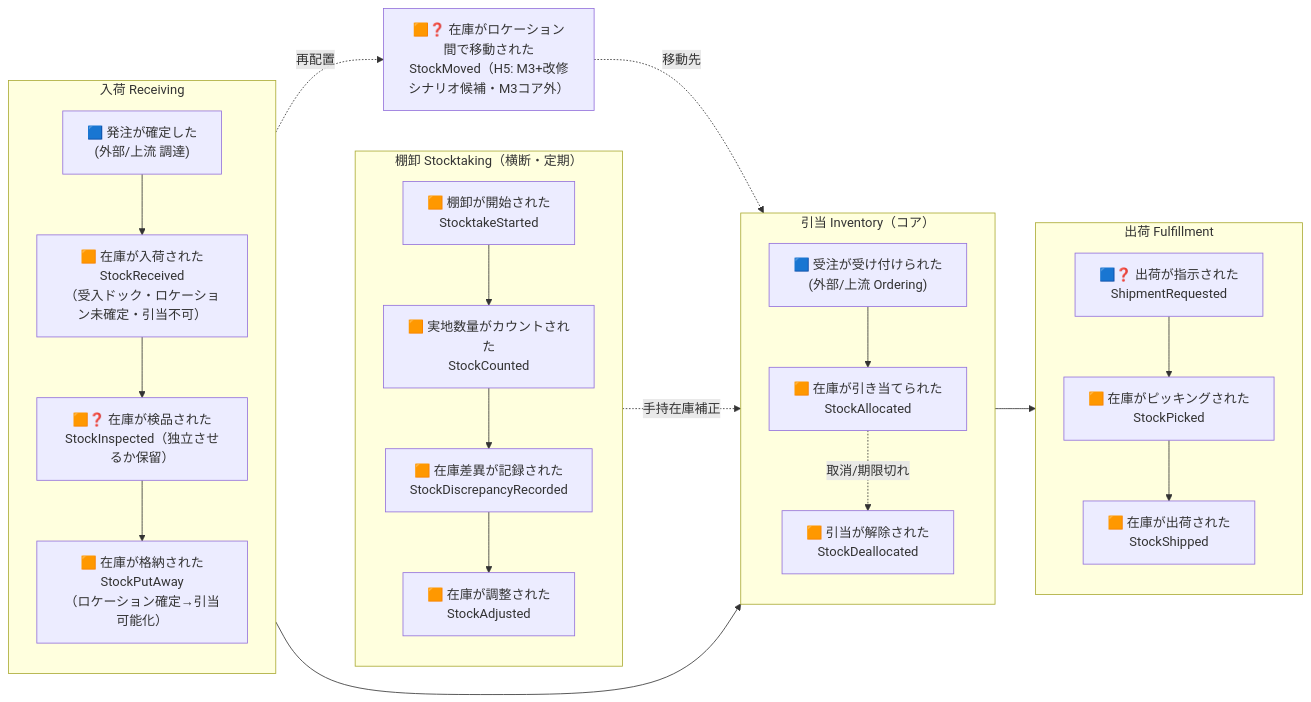
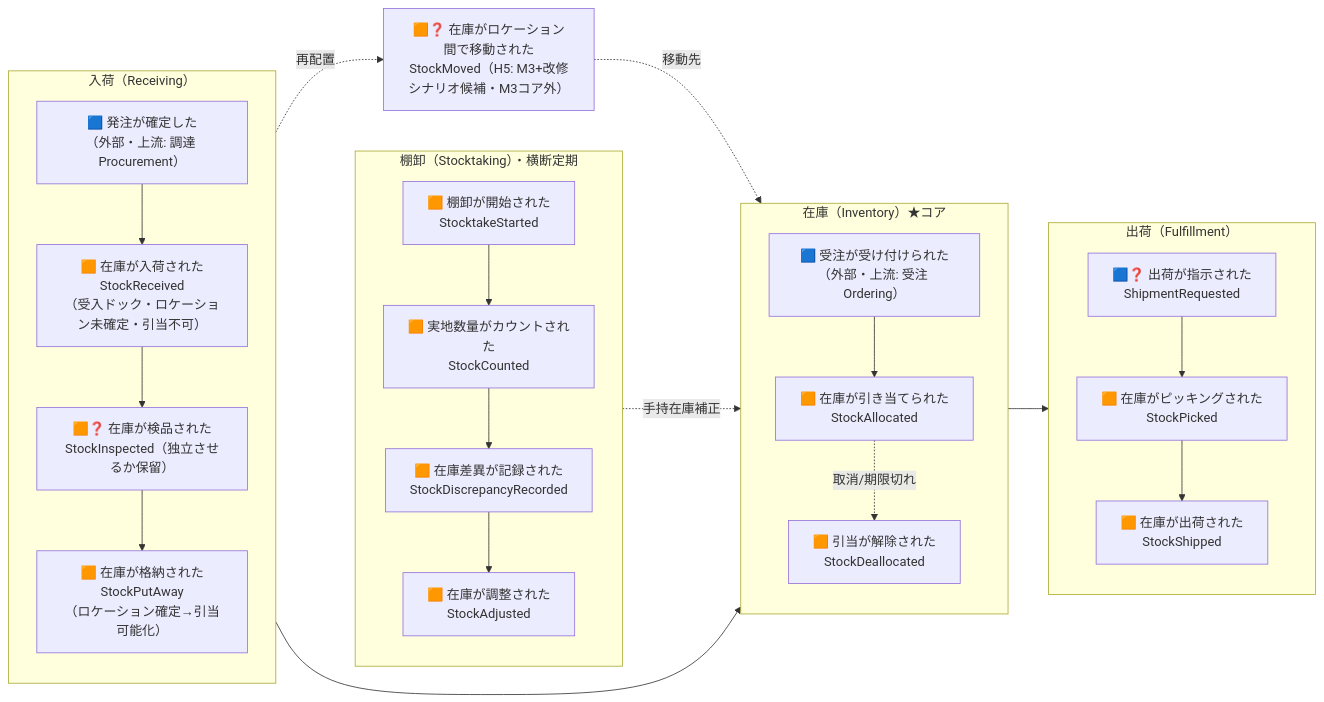
One commit to nenokido2000/event-sourcing-handson changed the diagram in docs/event-storming/01-big-picture.md. Above: the diagram before and after it, drawn with Mermaid. The commit also changed other lines of this file and 6 other files, not shown here.

````diff
--- a/docs/event-storming/01-big-picture.md
+++ b/docs/event-storming/01-big-picture.md
@@ -16,45 +16,45 @@
 ```mermaid
 flowchart LR
-    subgraph 入荷["入荷 Receiving"]
+    subgraph 入荷["入荷（Receiving）"]
       direction TB
-      PO["🟦 発注が確定した<br/>(外部/上流 調達)"]
+      PO["🟦 発注が確定した<br/>（外部・上流: 調達 Procurement）"]
       RCV["🟧 在庫が入荷された<br/>StockReceived<br/>（受入ドック・ロケーション未確定・引当不可）"]
       INSP["🟧❓ 在庫が検品された<br/>StockInspected（独立させるか保留）"]
       PUT["🟧 在庫が格納された<br/>StockPutAway<br/>（ロケーション確定→引当可能化）"]
       PO --> RCV --> INSP --> PUT
     end
 
-    subgraph 引当["引当 Inventory（コア）"]
+    subgraph 引当["在庫（Inventory）★コア"]
       direction TB
-      ORD["🟦 受注が受け付けられた<br/>(外部/上流 Ordering)"]
+      ORD["🟦 受注が受け付けられた<br/>（外部・上流: 受注 Ordering）"]
       ALLOC["🟧 在庫が引き当てられた<br/>StockAllocated"]
       DEALLOC["🟧 引当が解除された<br/>StockDeallocated"]
       ORD --> ALLOC
       ALLOC -. 取消/期限切れ .-> DEALLOC
     end
 
-    subgraph 出荷["出荷 Fulfillment"]
+    subgraph 出荷["出荷（Fulfillment）"]
       direction TB
       SHREQ["🟦❓ 出荷が指示された<br/>ShipmentRequested"]
       PICK["🟧 在庫がピッキングされた<br/>StockPicked"]
       SHIP["🟧 在庫が出荷された<br/>StockShipped"]
       SHREQ --> PICK --> SHIP
     end
 
-    subgraph 棚卸["棚卸 Stocktaking（横断・定期）"]
+    subgraph 棚卸["棚卸（Stocktaking）・横断定期"]
       direction TB
       STK["🟧 棚卸が開始された<br/>StocktakeStarted"]
       CNT["🟧 実地数量がカウントされた<br/>StockCounted"]
       DISC["🟧 在庫差異が記録された<br/>StockDiscrepancyRecorded"]
       ADJ["🟧 在庫が調整された<br/>StockAdjusted"]
       STK --> CNT --> DISC --> ADJ
     end
 
     PUT --> ALLOC
     ALLOC --> PICK
     ADJ -. 手持在庫補正 .-> ALLOC
 
     MOVE["🟧❓ 在庫がロケーション間で移動された<br/>StockMoved（H5: M3+改修シナリオ候補・M3コア外）"]
     PUT -. 再配置 .-> MOVE
     MOVE -. 移動先 .-> ALLOC
 ```
````
